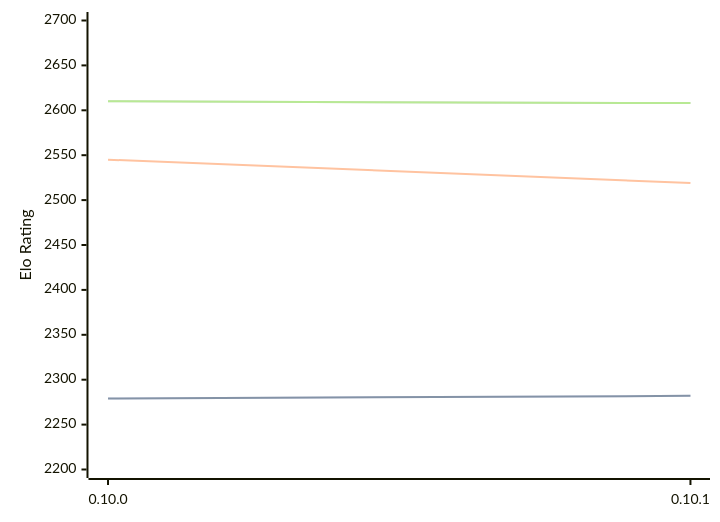
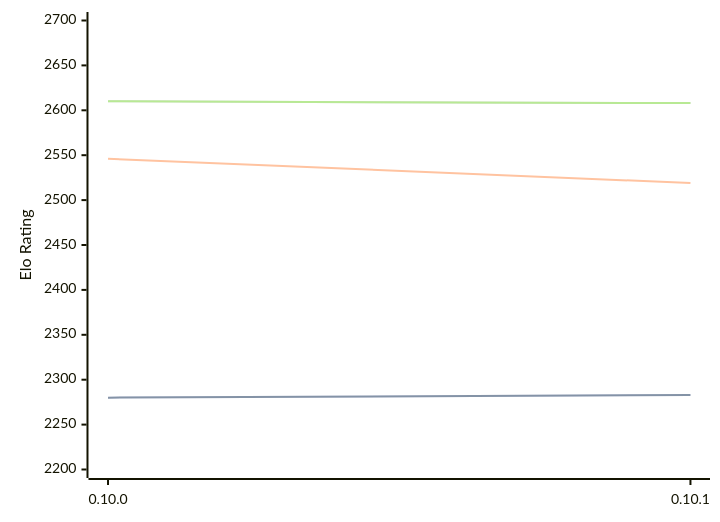
The diagram in engines/Fatalii.md (computer-chess-index/cci), drawn with Mermaid before and after one commit. The commit also changed other lines of this file, not shown here.

````diff
--- a/engines/Fatalii.md
+++ b/engines/Fatalii.md
@@ -32,11 +32,11 @@
 ```mermaid
 %%{init: {"theme":"base","themeVariables":{"seriesColors:['#a3a3a3','#222221','#faa371']}}}%%
 xychart-beta
   x-axis ["0.10.0", "0.10.1"]
   y-axis "Elo Rating" 2200 --> 2700
-  line "" [2279, 2282]
-  line "STC (8.0+0.08s)" [2279, 2282]
-  line "LTC (60.0+0.60s)" [2545, 2519]
+  line "" [2280, 2283]
+  line "STC (8.0+0.08s)" [2280, 2283]
+  line "LTC (60.0+0.60s)" [2546, 2519]
   line "" [2610, 2608]
   line "VLTC (2m24s+1.12s)" [2610, 2608]
 ```
````
